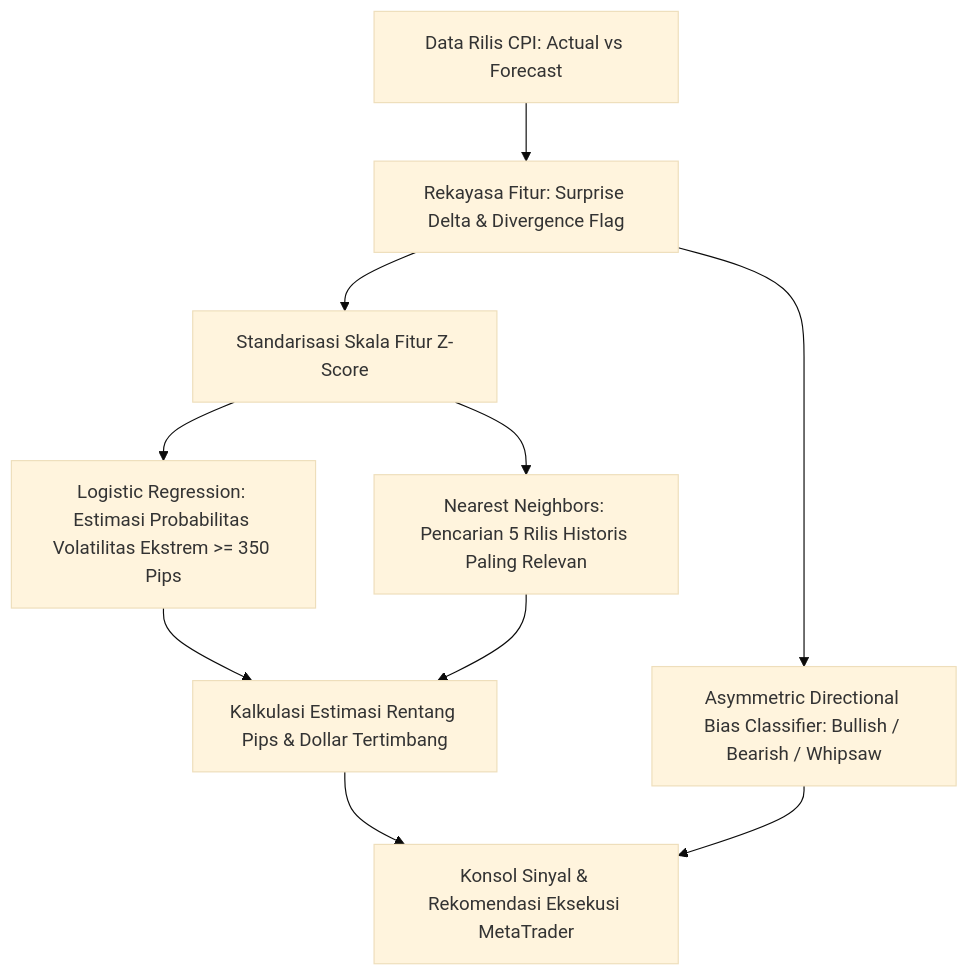
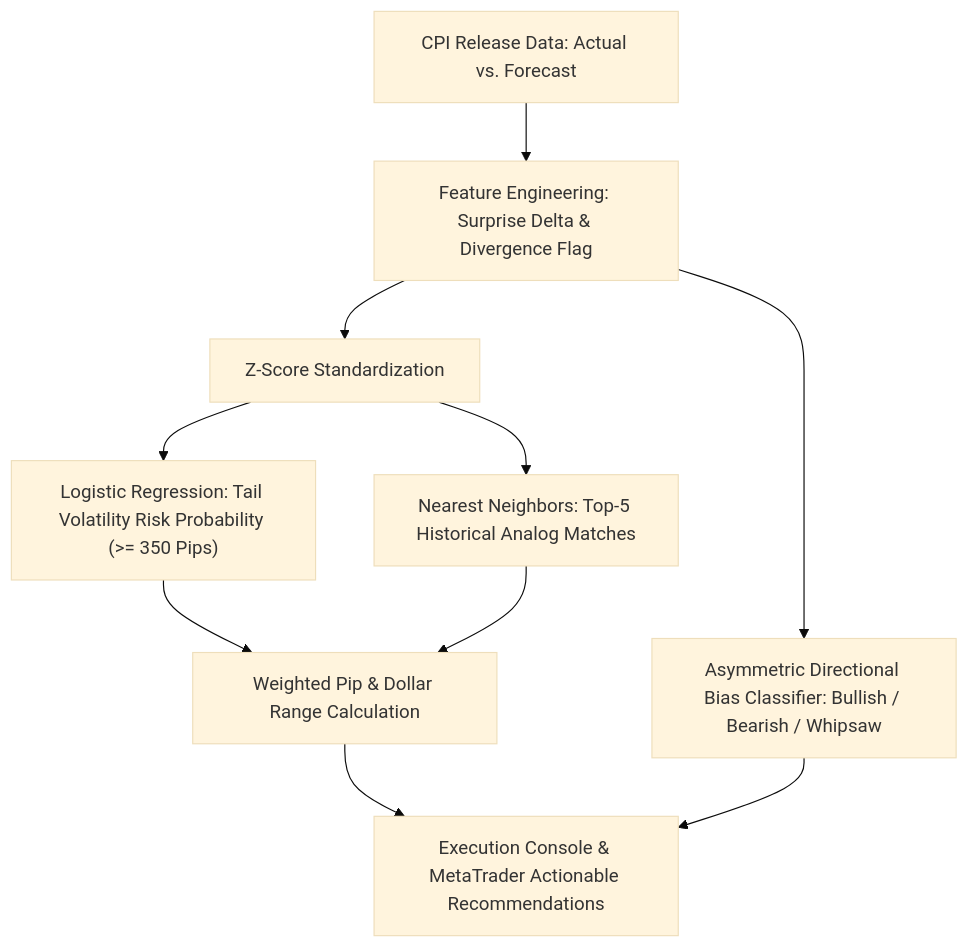
Before and after one commit to PranataGM/cpi-gold-tail-volatility-forecasting: the diagram in README.md, drawn with Mermaid (base theme). The commit also changed other lines of this file, not shown here.

````diff
--- a/README.md
+++ b/README.md
@@ -48,10 +48,10 @@
 ```mermaid
 flowchart TD
-    A[Data Rilis CPI: Actual vs Forecast] --> B[Rekayasa Fitur: Surprise Delta & Divergence Flag]
-    B --> C[Standarisasi Skala Fitur Z-Score]
-    C --> D[Logistic Regression: Estimasi Probabilitas Volatilitas Ekstrem >= 350 Pips]
-    C --> E[Nearest Neighbors: Pencarian 5 Rilis Historis Paling Relevan]
-    D & E --> F[Kalkulasi Estimasi Rentang Pips & Dollar Tertimbang]
-    B --> G[Asymmetric Directional Bias Classifier: Bullish / Bearish / Whipsaw]
-    F & G --> H[Konsol Sinyal & Rekomendasi Eksekusi MetaTrader]
+    A["CPI Release Data: Actual vs. Forecast"] --> B["Feature Engineering: Surprise Delta & Divergence Flag"]
+    B --> C["Z-Score Standardization"]
+    C --> D["Logistic Regression: Tail Volatility Risk Probability (>= 350 Pips)"]
+    C --> E["Nearest Neighbors: Top-5 Historical Analog Matches"]
+    D & E --> F["Weighted Pip & Dollar Range Calculation"]
+    B --> G["Asymmetric Directional Bias Classifier: Bullish / Bearish / Whipsaw"]
+    F & G --> H["Execution Console & MetaTrader Actionable Recommendations"]
 ```
````
